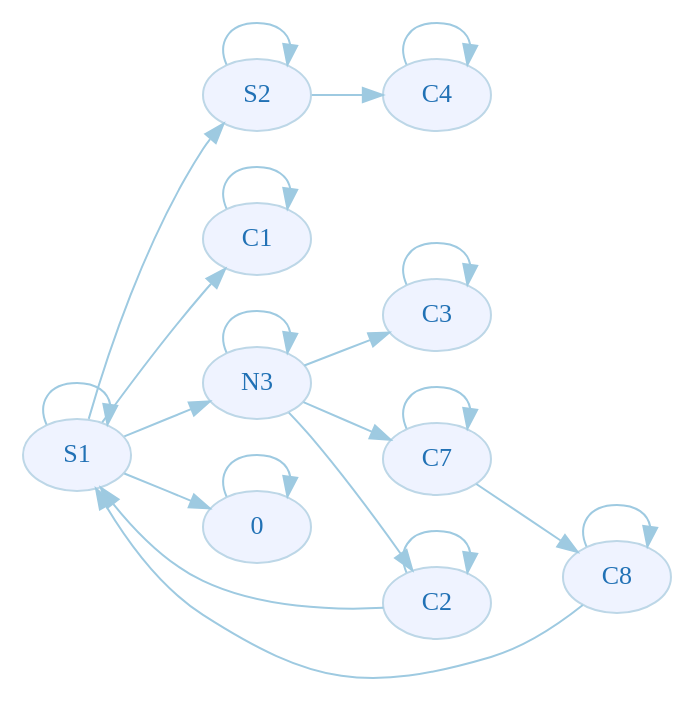
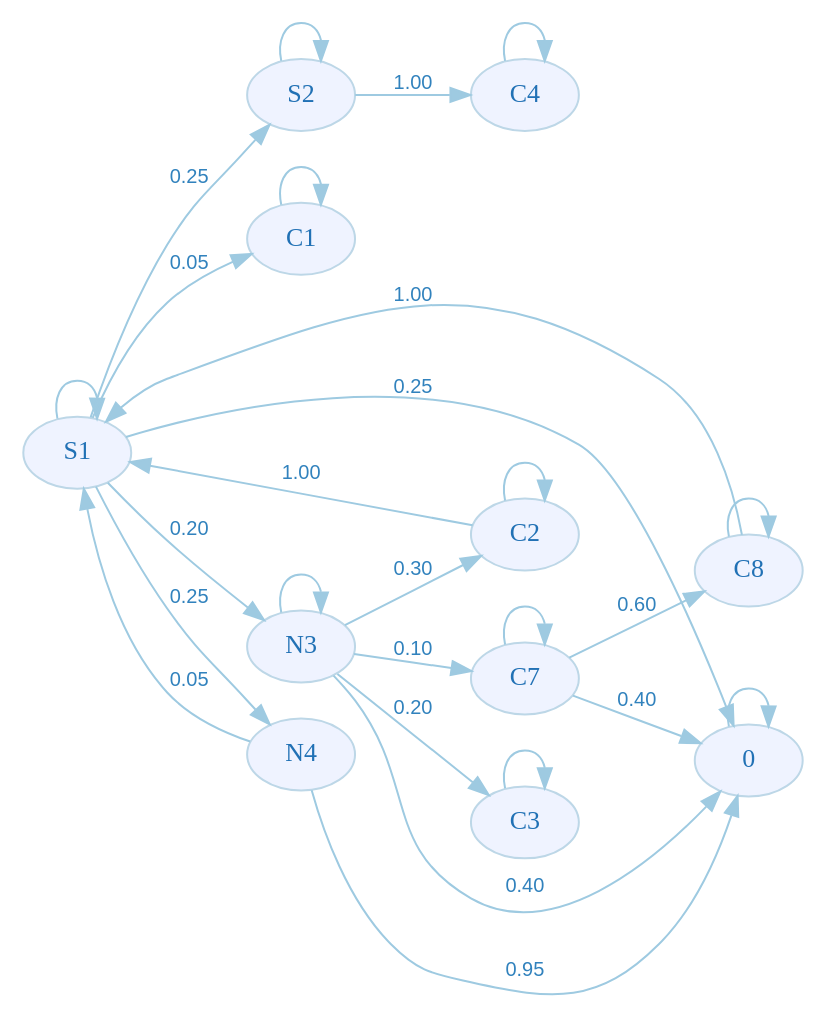
The diagram in doc/random_walk/graph_after_transform.dot (stratosphere/coheel), drawn with Graphviz before and after one commit. The commit also changed 3 other files, not shown here.

```diff
--- a/doc/random_walk/graph_after_transform.dot
+++ b/doc/random_walk/graph_after_transform.dot
@@ -1,49 +1,55 @@
 digraph G {
     rankdir=LR;
     fontname="sans-serif";
     penwidth="0.1";
     edge [comment="Wildcard edge", 
           fontname="sans-serif", 
           fontsize=10, 
           colorscheme="blues3", 
           color=2, 
           fontcolor=3];
     node [fontname="serif", 
           fontsize=13, 
           fillcolor="1", 
           colorscheme="blues4", 
           color="2", 
           fontcolor="4", 
           style="filled"];
     "S1";
     "S2";
     "C1";
     "C2";
     "C3";
     "C4";
     "C7";
     "C8";
     "N3";
     "0";
     "S1" -> "S1";
     "S2" -> "S2";
     "C1" -> "C1";
     "C2" -> "C2";
     "C3" -> "C3";
     "C4" -> "C4";
     "C7" -> "C7";
     "C8" -> "C8";
     "N3" -> "N3";
     "0" -> "0";
-    "S1" -> "C1";
-    "S1" -> "0";
-    "S1" -> "N3";
-    "S1" -> "S2";
-    "S2" -> "C4";
-    "C2" -> "S1";
-    "C7" -> "C8";
-    "C8" -> "S1";
-    "N3" -> "C2";
-    "N3" -> "C3";
-    "N3" -> "C7";
+    "S1" -> "C1"  [label="0.05"];
+    "S1" -> "0"  [label="0.25"];
+    "S1" -> "N3"  [label="0.20"];
+    "S1" -> "S2"  [label="0.25"];
+    "S2" -> "C4"  [label="1.00"];
+    "C2" -> "S1"  [label="1.00"];
+    "C7" -> "C8"  [label="0.60"];
+    "C8" -> "S1"  [label="1.00"];
+    "N3" -> "C2"  [label="0.30"];
+    "N3" -> "C3"  [label="0.20"];
+    "N3" -> "C7"  [label="0.10"];
+    "N4";
+    "S1" -> "N4"  [label="0.25"];
+    "N4" -> "S1"  [label="0.05"];
+    "C7" -> "0"  [label="0.40"];
+    "N4" -> "0"  [label="0.95"];
+    "N3" -> "0"  [label="0.40"];
 }
```
